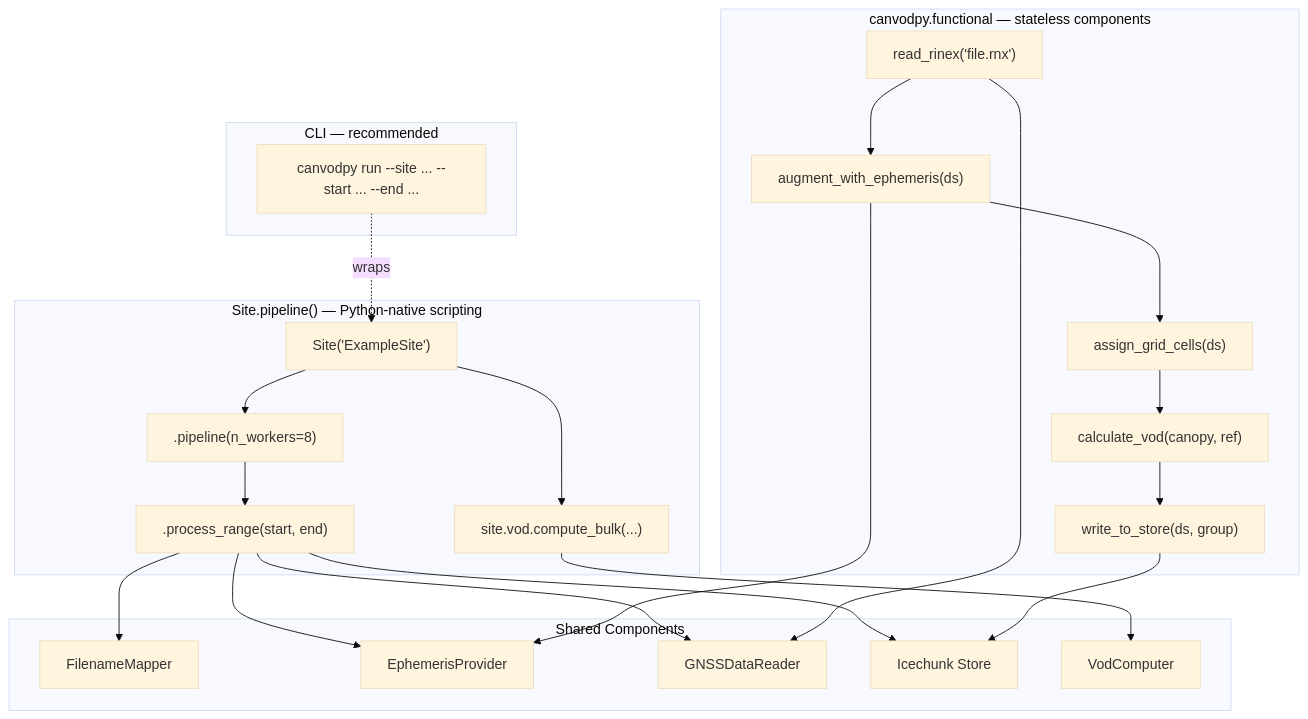
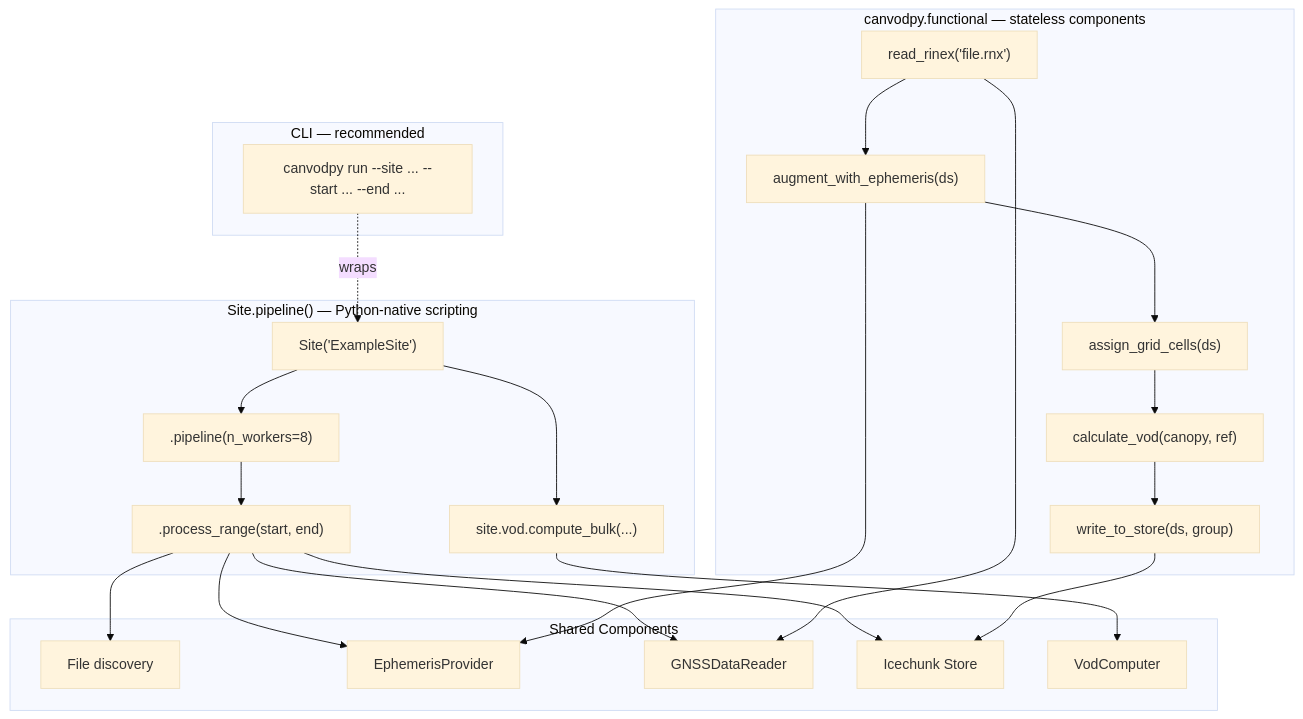
The third of 3 diagrams in README.md (nfb2021/canvodpy), drawn with Mermaid (base theme) before and after one commit. The commit also changed other lines of this file and 26 other files, not shown here.

````diff
--- a/README.md
+++ b/README.md
@@ -210,41 +210,41 @@
 ```mermaid
 flowchart TD
     subgraph CLI_["CLI — recommended"]
         CLI["canvodpy run --site ... --start ... --end ..."]
     end
 
     subgraph L3["Site.pipeline() — Python-native scripting"]
         L3A["Site('ExampleSite')"]
         L3A --> L3B[".pipeline(n_workers=8)"]
         L3B --> L3C[".process_range(start, end)"]
         L3A --> L3E["site.vod.compute_bulk(...)"]
     end
 
     subgraph L4["canvodpy.functional — stateless components"]
         L4A["read_rinex('file.rnx')"]
         L4A --> L4B["augment_with_ephemeris(ds)"]
         L4B --> L4G["assign_grid_cells(ds)"]
         L4G --> L4C["calculate_vod(canopy, ref)"]
         L4C --> L4H["write_to_store(ds, group)"]
     end
 
     subgraph Shared["Shared Components"]
-        FM["FilenameMapper"]
+        FM["File discovery"]
         EP["EphemerisProvider"]
         READER["GNSSDataReader"]
         STORE["Icechunk Store"]
         VOD["VodComputer"]
     end
 
     CLI -.wraps.-> L3A
 
     L3C --> FM
     L3C --> EP
     L3C --> READER
     L3C --> STORE
     L3E --> VOD
 
     L4A --> READER
     L4B --> EP
     L4H --> STORE
 ```
````
